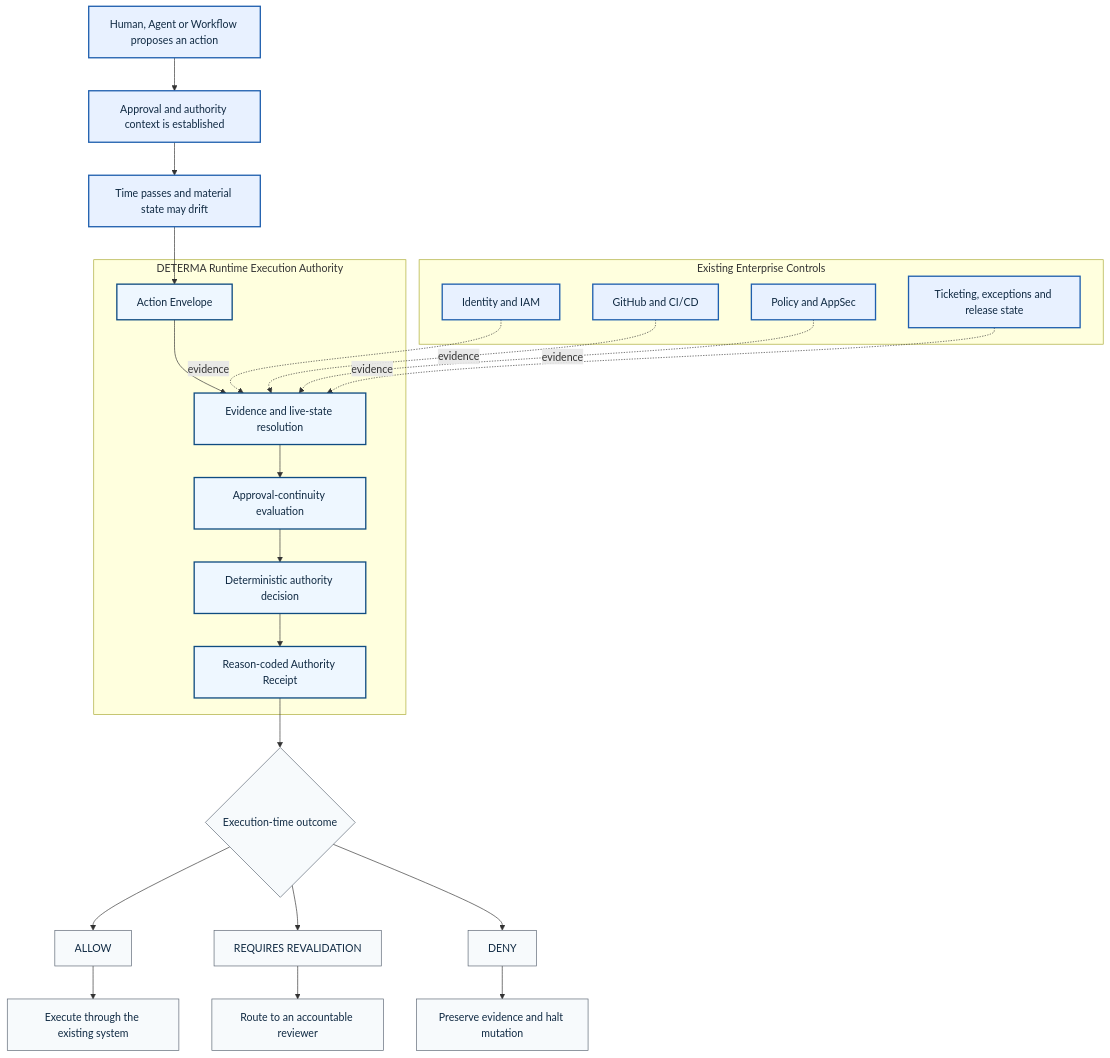
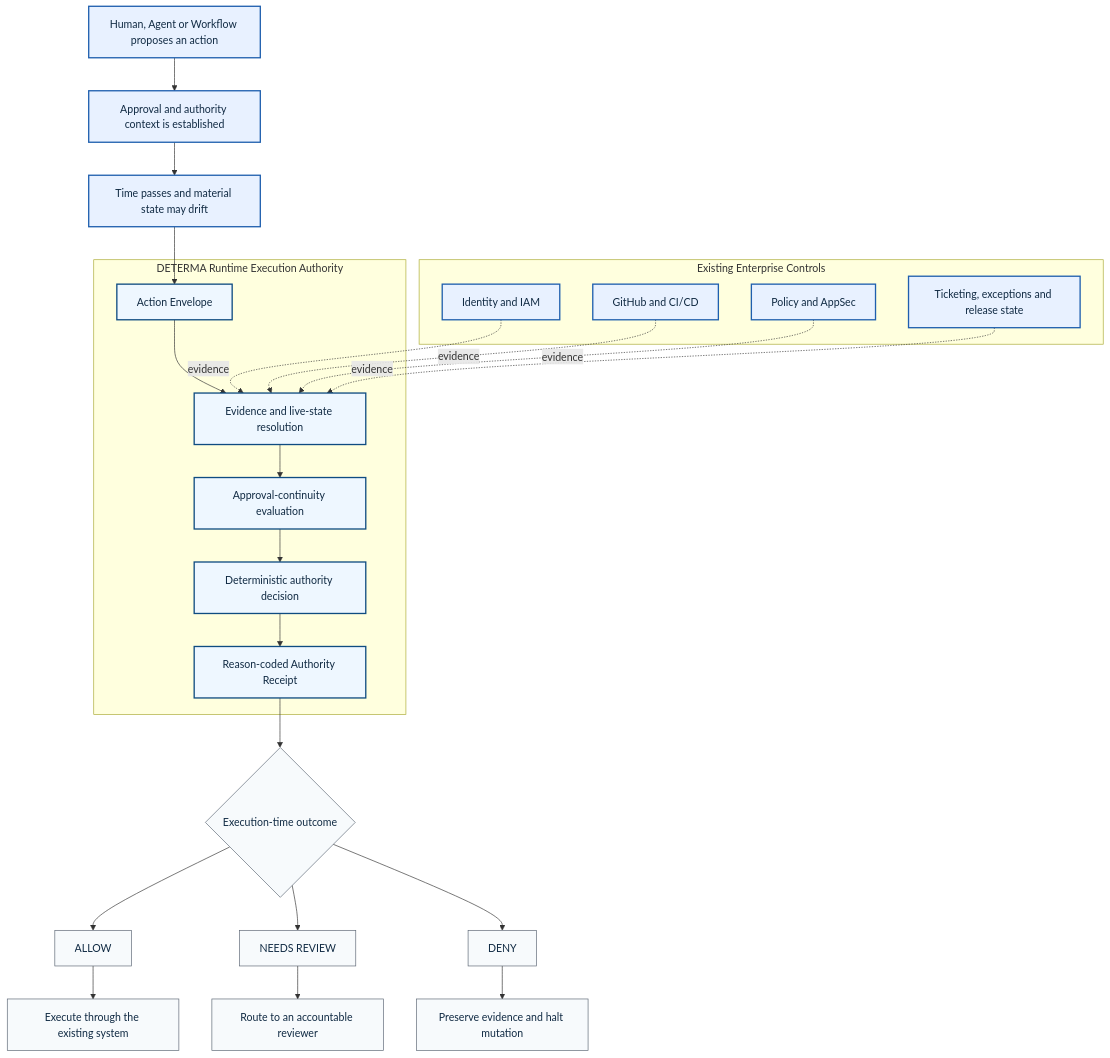
Before and after one commit to DETERMAai/DETERMA-runtime-authority-public: the diagram in README.md, drawn with Mermaid. The commit also changed other lines of this file, not shown here.

````diff
--- a/README.md
+++ b/README.md
@@ -30,47 +30,47 @@
 ```mermaid
 flowchart TB
     A[Human, Agent or Workflow proposes an action]
     B[Approval and authority context is established]
     C[Time passes and material state may drift]
 
     subgraph E[Existing Enterprise Controls]
       E1[Identity and IAM]
       E2[GitHub and CI/CD]
       E3[Policy and AppSec]
       E4[Ticketing, exceptions and release state]
     end
 
     subgraph D[DETERMA Runtime Execution Authority]
       D1[Action Envelope]
       D2[Evidence and live-state resolution]
       D3[Approval-continuity evaluation]
       D4[Deterministic authority decision]
       D5[Reason-coded Authority Receipt]
       D1 --> D2 --> D3 --> D4 --> D5
     end
 
     F{Execution-time outcome}
     G[ALLOW]
-    H[REQUIRES REVALIDATION]
+    H[NEEDS REVIEW]
     I[DENY]
     J[Execute through the existing system]
     K[Route to an accountable reviewer]
     L[Preserve evidence and halt mutation]
 
     A --> B --> C --> D1
     E1 -. evidence .-> D2
     E2 -. evidence .-> D2
     E3 -. evidence .-> D2
     E4 -. evidence .-> D2
     D5 --> F
     F --> G --> J
     F --> H --> K
     F --> I --> L
 
     classDef primary fill:#e8f1ff,stroke:#1f5fae,color:#102a43,stroke-width:2px;
     classDef authority fill:#eef7ff,stroke:#0f4c81,color:#102a43,stroke-width:2px;
     classDef outcome fill:#f7fafc,stroke:#5b6573,color:#102a43;
     class A,B,C,E1,E2,E3,E4 primary;
     class D1,D2,D3,D4,D5 authority;
     class F,G,H,I,J,K,L outcome;
 ```
````
